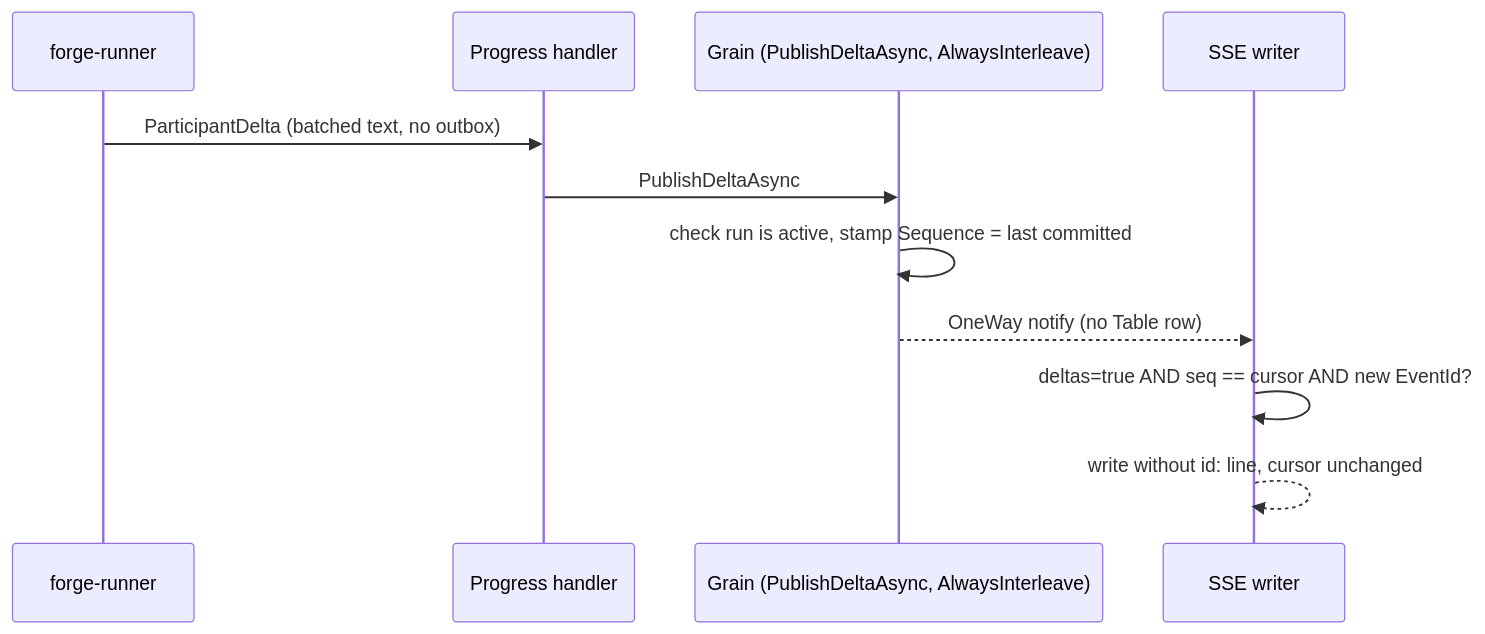
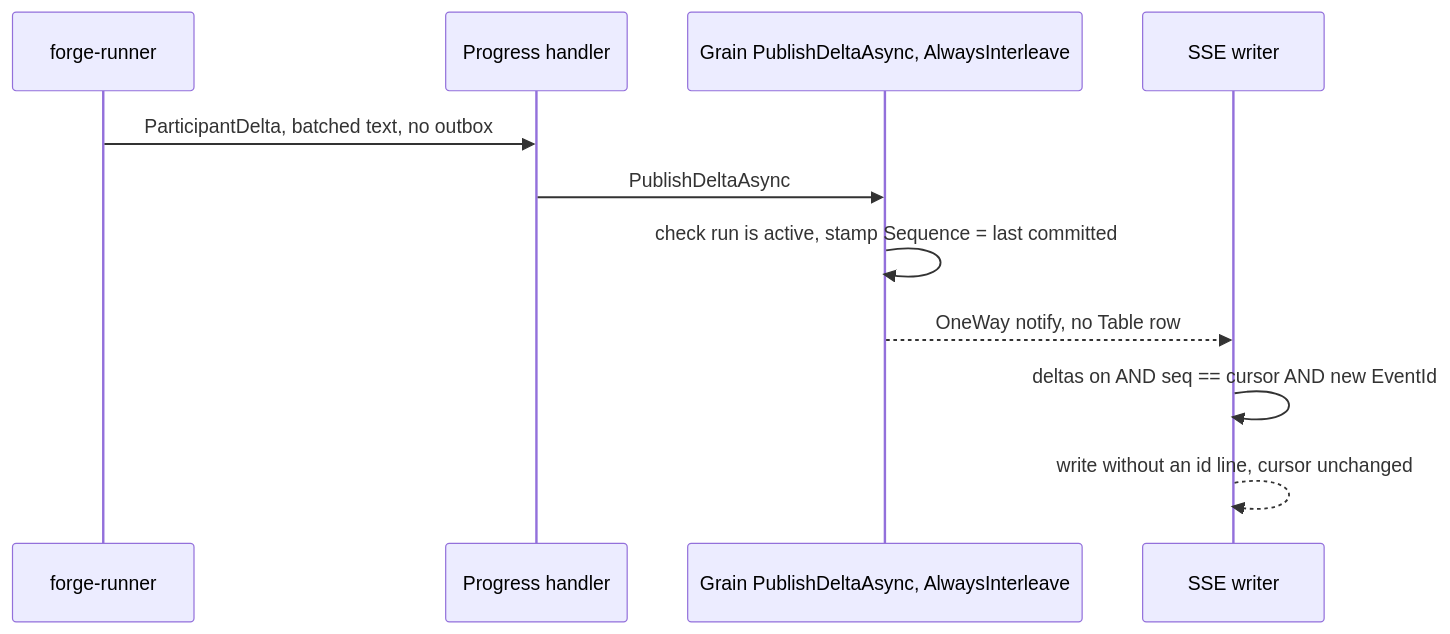
Before and after one commit to katasec/mission-control-language: the eighth of 23 diagrams in docs/design/how-conversations-work.md, drawn with Mermaid. The commit also changed other lines of this file and 2 other files, not shown here.

````diff
--- a/docs/design/how-conversations-work.md
+++ b/docs/design/how-conversations-work.md
@@ -233,13 +254,13 @@
 ```mermaid
 sequenceDiagram
   participant R as forge-runner
   participant H as Progress handler
-  participant G as Grain (PublishDeltaAsync, AlwaysInterleave)
+  participant G as Grain PublishDeltaAsync, AlwaysInterleave
   participant W as SSE writer
-  R->>H: ParticipantDelta (batched text, no outbox)
+  R->>H: ParticipantDelta, batched text, no outbox
   H->>G: PublishDeltaAsync
   G->>G: check run is active, stamp Sequence = last committed
-  G-->>W: OneWay notify (no Table row)
-  W->>W: deltas=true AND seq == cursor AND new EventId?
-  W-->>W: write without id: line, cursor unchanged
+  G-->>W: OneWay notify, no Table row
+  W->>W: deltas on AND seq == cursor AND new EventId
+  W-->>W: write without an id line, cursor unchanged
 ```
````
